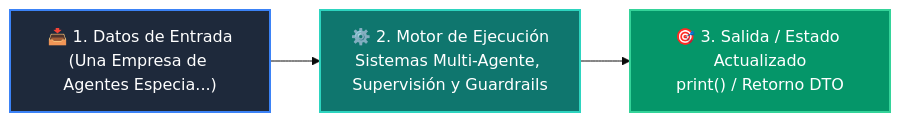
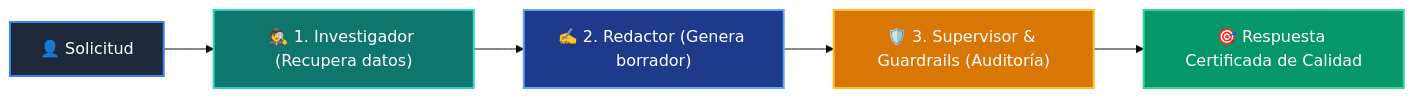
The diagram in docs/curso-03/clase-08.md (wisrovi/wisrovi-python), drawn with Mermaid (base theme) before and after one commit. The commit also changed other lines of this file and 52 other files, not shown here.

````diff
--- a/docs/curso-03/clase-08.md
+++ b/docs/curso-03/clase-08.md
@@ -38,9 +37,12 @@
 ```mermaid
 flowchart LR
-    IN["📥 1. Datos de Entrada<br/>(Una Empresa de Agentes Especia...)"] --> ENG["⚙️ 2. Motor de Ejecución<br/>Sistemas Multi-Agente, Supervisión y Guardrails"]
-    ENG --> OUT["🎯 3. Salida / Estado Actualizado<br/>print() / Retorno DTO"]
-
-    style IN fill:#1e293b,color:#ffffff,stroke:#3b82f6,stroke-width:2px
-    style ENG fill:#0f766e,color:#ffffff,stroke:#2dd4bf,stroke-width:2px
-    style OUT fill:#059669,color:#ffffff,stroke:#34d399,stroke-width:2px
+    A["👤 Solicitud"] --> B["🕵️ 1. Investigador (Recupera datos)"]
+    B --> C["✍️ 2. Redactor (Genera borrador)"]
+    C --> D["🛡️ 3. Supervisor & Guardrails (Auditoría)"]
+    D --> E["🎯 Respuesta Certificada de Calidad"]
+    style A fill:#1e293b,color:#ffffff,stroke:#3b82f6,stroke-width:2px
+    style B fill:#0f766e,color:#ffffff,stroke:#2dd4bf,stroke-width:2px
+    style C fill:#1e3a8a,color:#ffffff,stroke:#60a5fa,stroke-width:2px
+    style D fill:#d97706,color:#ffffff,stroke:#fbbf24,stroke-width:2px
+    style E fill:#059669,color:#ffffff,stroke:#34d399,stroke-width:2px
 ```
````
